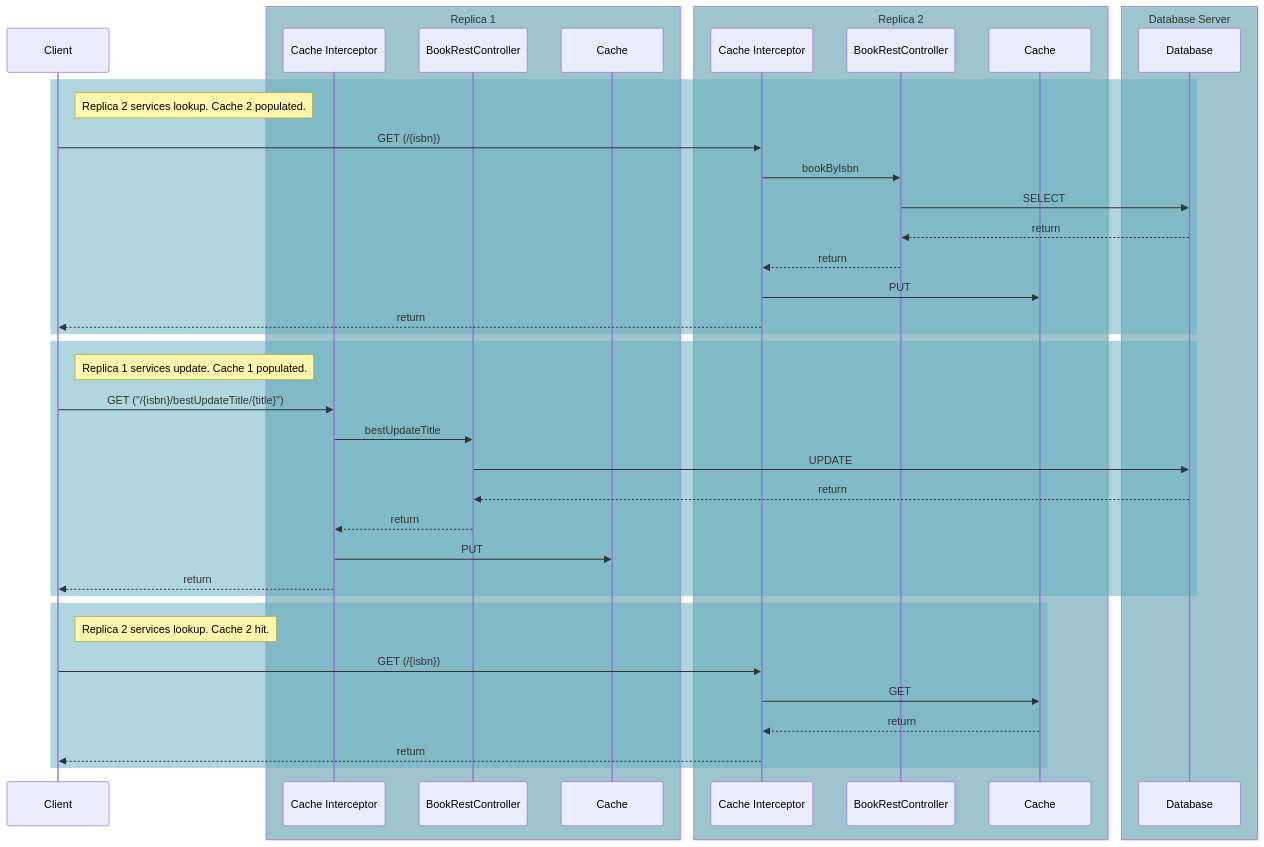
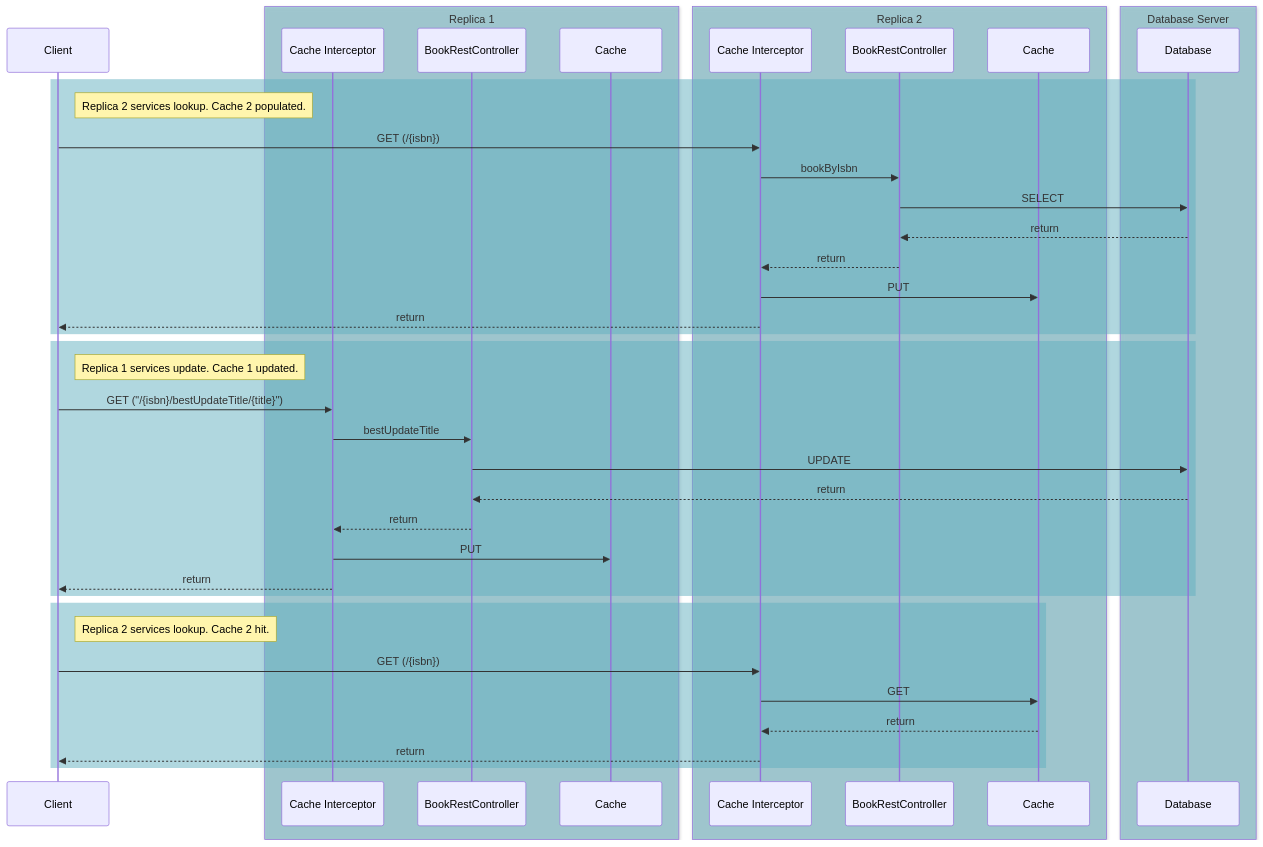
The fourth of 6 diagrams in projects/blog/_posts/2024-06-25-spring-cacheable.markdown (emacdona/onlispBookClub), drawn with Mermaid before and after one commit.

Commit message:
s/populated/updated

````diff
--- a/projects/blog/_posts/2024-06-25-spring-cacheable.markdown
+++ b/projects/blog/_posts/2024-06-25-spring-cacheable.markdown
@@ -393,47 +393,47 @@
 ```mermaid!
 sequenceDiagram
     participant B as Client
     box rgba(98, 175, 192, 0.5) Replica 1
         participant CI as Cache Interceptor
         participant EM as BookRestController
         participant C as Cache
     end
     box rgba(98, 175, 192, 0.5) Replica 2
         participant CI2 as Cache Interceptor
         participant EM2 as BookRestController
         participant C2 as Cache
     end
     box rgba(98, 175, 192, 0.5) Database Server
         participant DB as Database
     end
     
     rect rgba(98, 175, 192, 0.5)
     note right of B: Replica 2 services lookup. Cache 2 populated.
     B->>CI2: GET (/{isbn})
     CI2->>EM2: bookByIsbn
     EM2->>DB:SELECT
     DB-->>EM2: return
     EM2-->>CI2: return
     CI2->>C2: PUT
     CI2-->>B: return
     end
 
     rect rgba(98, 175, 192, 0.5)
-    note right of B: Replica 1 services update. Cache 1 populated.
+    note right of B: Replica 1 services update. Cache 1 updated.
     B->>CI: GET ("/{isbn}/bestUpdateTitle/{title}")
     CI->>EM: bestUpdateTitle
     EM->>DB:UPDATE
     DB-->>EM: return
     EM-->>CI: return
     CI->>C: PUT
     CI-->>B: return
     end
 
     rect rgba(98, 175, 192, 0.5)
     note right of B: Replica 2 services lookup. Cache 2 hit.
     B->>CI2: GET (/{isbn})
     CI2->>C2: GET
         C2-->>CI2: return
         CI2-->>B: return
     end
 ```
````
